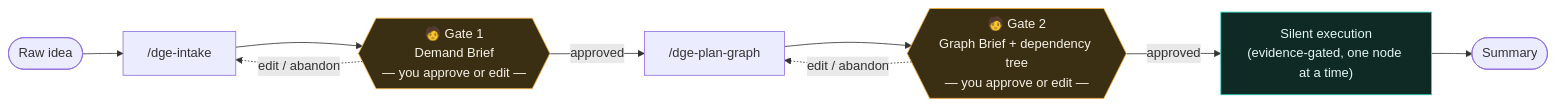
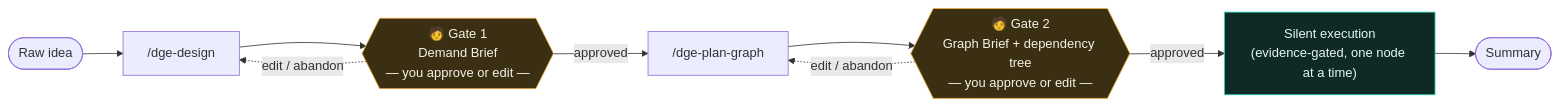
One commit to rafaelolsr/delivery-graph changed the first of 2 diagrams in README.md. Above: the diagram before and after it, drawn with Mermaid. The commit also changed other lines of this file and 45 other files, not shown here.

````diff
--- a/README.md
+++ b/README.md
@@ -117,16 +136,16 @@
 ```mermaid
 flowchart LR
-    I([Raw idea]) --> A["/dge-intake"]
+    I([Raw idea]) --> A["/dge-design"]
     A --> G1{{"🧑 Gate 1<br/>Demand Brief<br/>— you approve or edit —"}}
     G1 -->|approved| P["/dge-plan-graph"]
     P --> G2{{"🧑 Gate 2<br/>Graph Brief + dependency tree<br/>— you approve or edit —"}}
     G2 -->|approved| X["Silent execution<br/>(evidence-gated, one node at a time)"]
     X --> S([Summary])
 
     G1 -.->|edit / abandon| A
     G2 -.->|edit / abandon| P
 
     style G1 fill:#3a2f12,stroke:#f5b042,color:#f7f2e8
     style G2 fill:#3a2f12,stroke:#f5b042,color:#f7f2e8
     style X fill:#0f2a24,stroke:#2dd4bf,color:#e6f7f2
 ```
````
